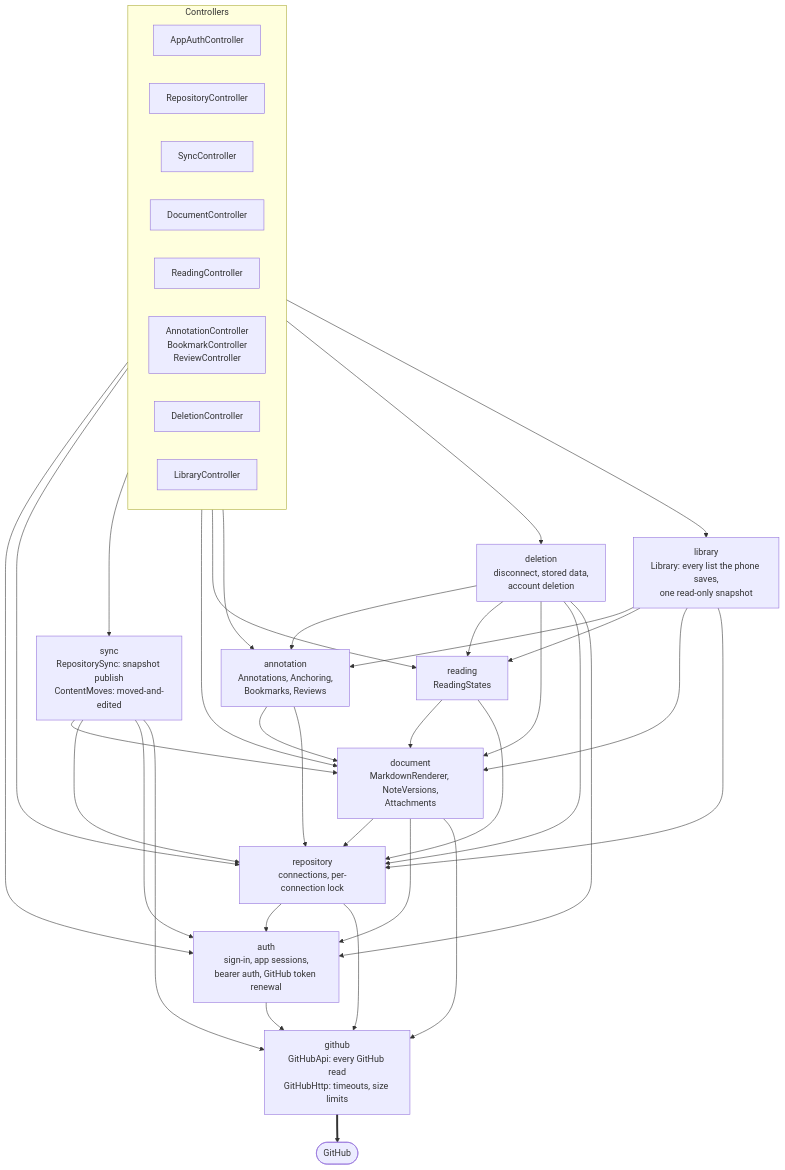
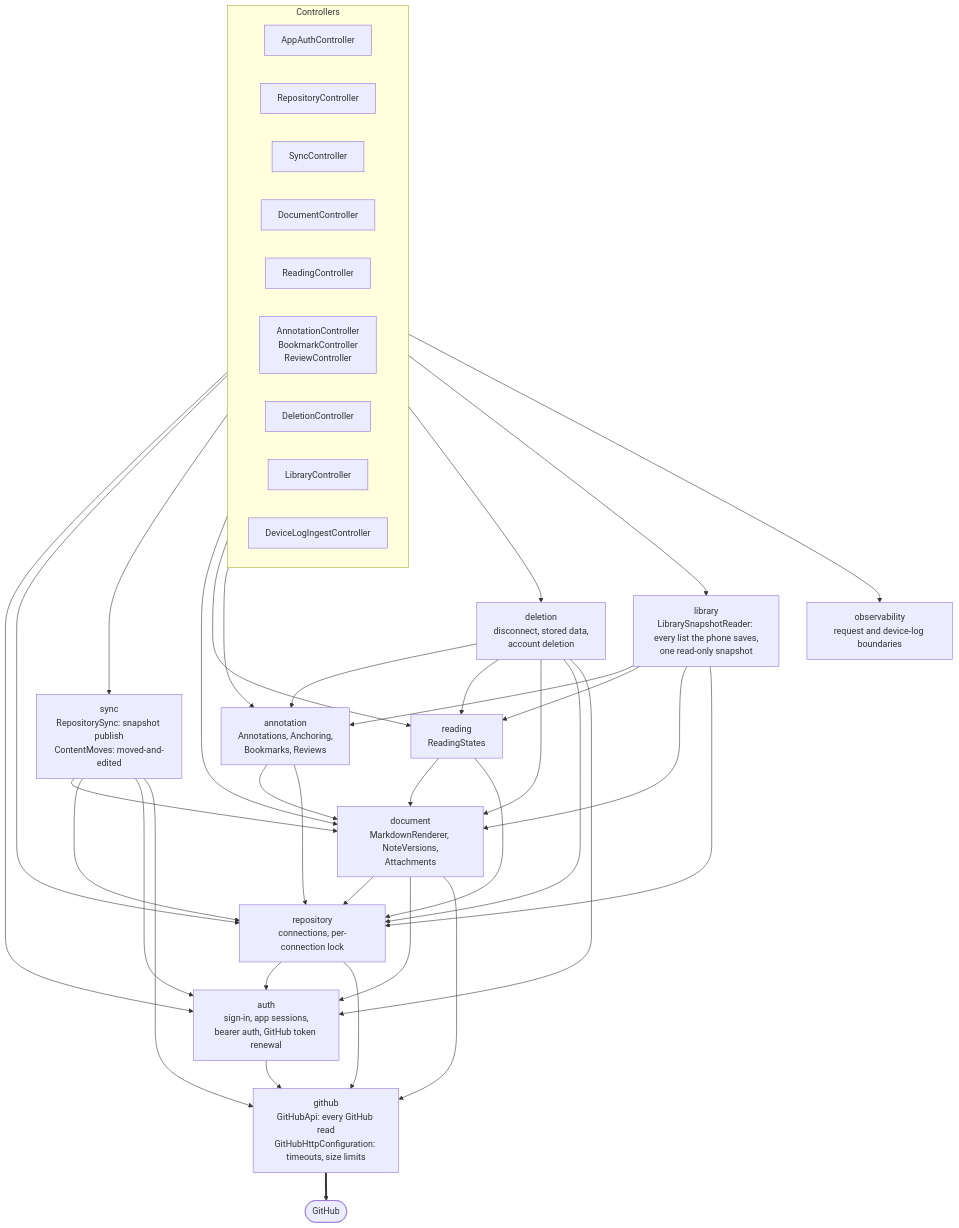
One commit to jaxwong/reporead changed the third of 12 diagrams in docs/architecture.md. Above: the diagram before and after it, drawn with Mermaid. The commit also changed other lines of this file and 69 other files, not shown here.

First line of the commit message:
Name backend roles and device log contract

````diff
--- a/docs/architecture.md
+++ b/docs/architecture.md
@@ -95,59 +95,62 @@
 ```mermaid
 flowchart TB
     subgraph HTTP["Controllers"]
         direction LR
         AuthC["AppAuthController"]
         RepoC["RepositoryController"]
         SyncC["SyncController"]
         DocC["DocumentController"]
         ReadC["ReadingController"]
         AnnC["AnnotationController<br/>BookmarkController<br/>ReviewController"]
         DelC["DeletionController"]
         LibC["LibraryController"]
+        LogC["DeviceLogIngestController"]
     end
 
     deletion["deletion<br/>disconnect, stored data,<br/>account deletion"]
-    library["library<br/>Library: every list the phone saves,<br/>one read-only snapshot"]
+    observability["observability<br/>request and device-log boundaries"]
+    library["library<br/>LibrarySnapshotReader: every list the phone saves,<br/>one read-only snapshot"]
     sync["sync<br/>RepositorySync: snapshot publish<br/>ContentMoves: moved-and-edited"]
     annotation["annotation<br/>Annotations, Anchoring,<br/>Bookmarks, Reviews"]
     reading["reading<br/>ReadingStates"]
     document["document<br/>MarkdownRenderer, NoteVersions,<br/>Attachments"]
     repository["repository<br/>connections, per-connection lock"]
     auth["auth<br/>sign-in, app sessions,<br/>bearer auth, GitHub token renewal"]
-    github["github<br/>GitHubApi: every GitHub read<br/>GitHubHttp: timeouts, size limits"]
+    github["github<br/>GitHubApi: every GitHub read<br/>GitHubHttpConfiguration: timeouts, size limits"]
 
     AuthC --> auth
     RepoC --> repository
     SyncC --> sync
     DocC --> document
     ReadC --> reading
     AnnC --> annotation
     DelC --> deletion
     LibC --> library
+    LogC --> observability
 
     deletion --> annotation
     deletion --> reading
     deletion --> document
     deletion --> repository
     deletion --> auth
     library --> annotation
     library --> reading
     library --> document
     library --> repository
     sync --> document
     sync --> repository
     sync --> auth
     sync --> github
     annotation --> document
     annotation --> repository
     reading --> document
     reading --> repository
     document --> repository
     document --> auth
     document --> github
     repository --> auth
     repository --> github
     auth --> github
 
     github ==> GH(["GitHub"])
 ```
````
